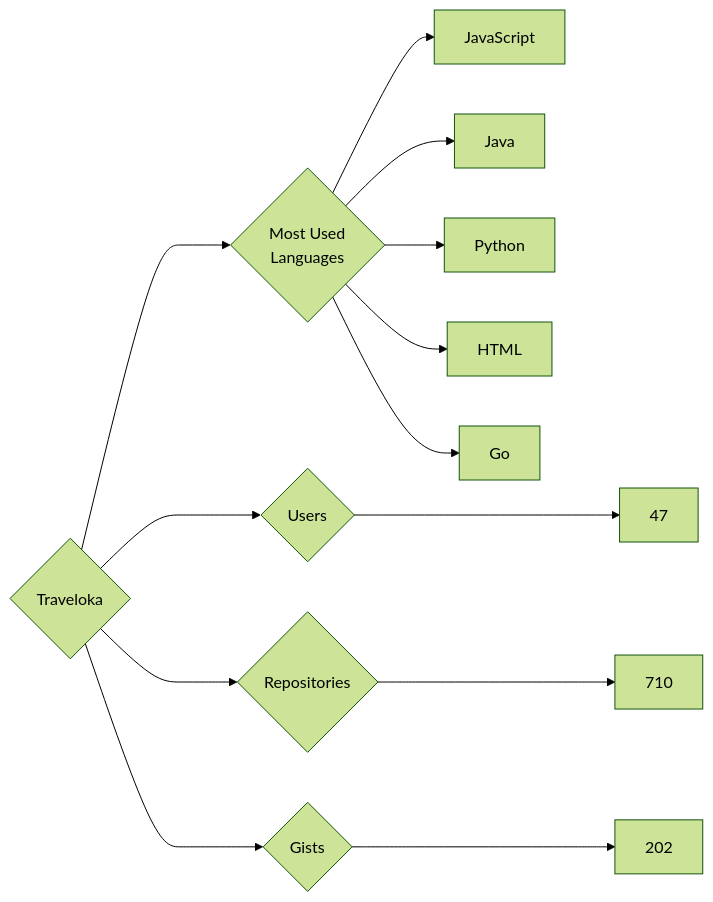
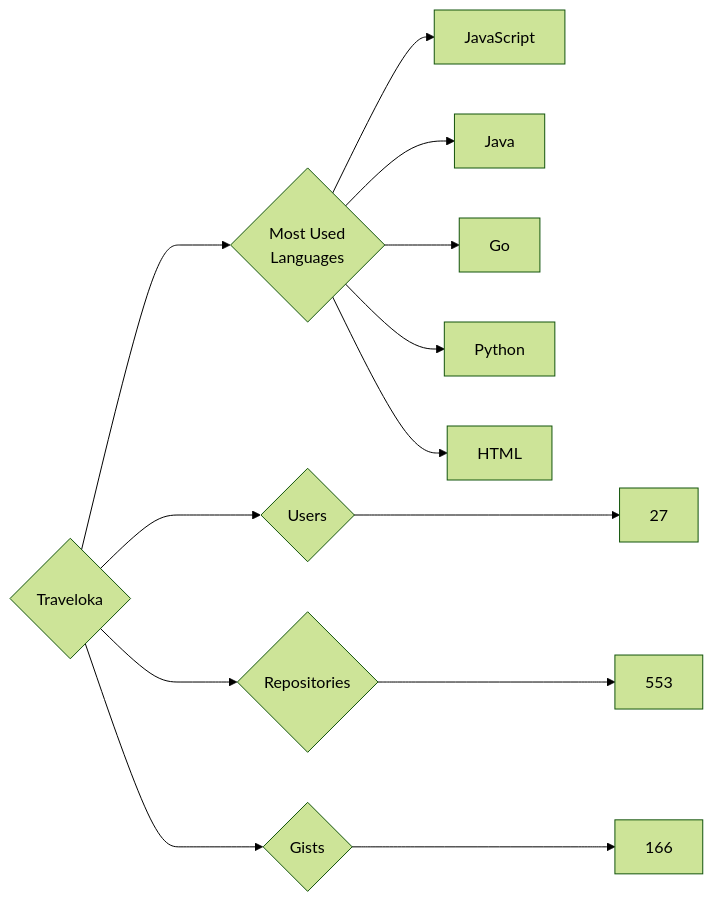
One commit to trickest/insiders changed the diagram in targets/Traveloka/README.md. Above: the diagram before and after it, drawn with Mermaid (forest theme). The commit also changed 920 other files, not shown here.

````diff
--- a/targets/Traveloka/README.md
+++ b/targets/Traveloka/README.md
@@ -3,13 +3,13 @@
 ```mermaid
 graph LR
 COMPANY_NAME{Traveloka}
-COMPANY_NAME ---> U{Users} ---> UN[47]
-COMPANY_NAME ---> R{Repositories} ---> RN[710]
-COMPANY_NAME ---> G{Gists} ---> GN[202]
+COMPANY_NAME ---> U{Users} ---> UN[27]
+COMPANY_NAME ---> R{Repositories} ---> RN[553]
+COMPANY_NAME ---> G{Gists} ---> GN[166]
 COMPANY_NAME ---> ML{Most Used<br>Languages}
 ML --> JavaScript[JavaScript]
 ML --> Java[Java]
+ML --> Go[Go]
 ML --> Python[Python]
 ML --> HTML[HTML]
-ML --> Go[Go]
 ```
````
